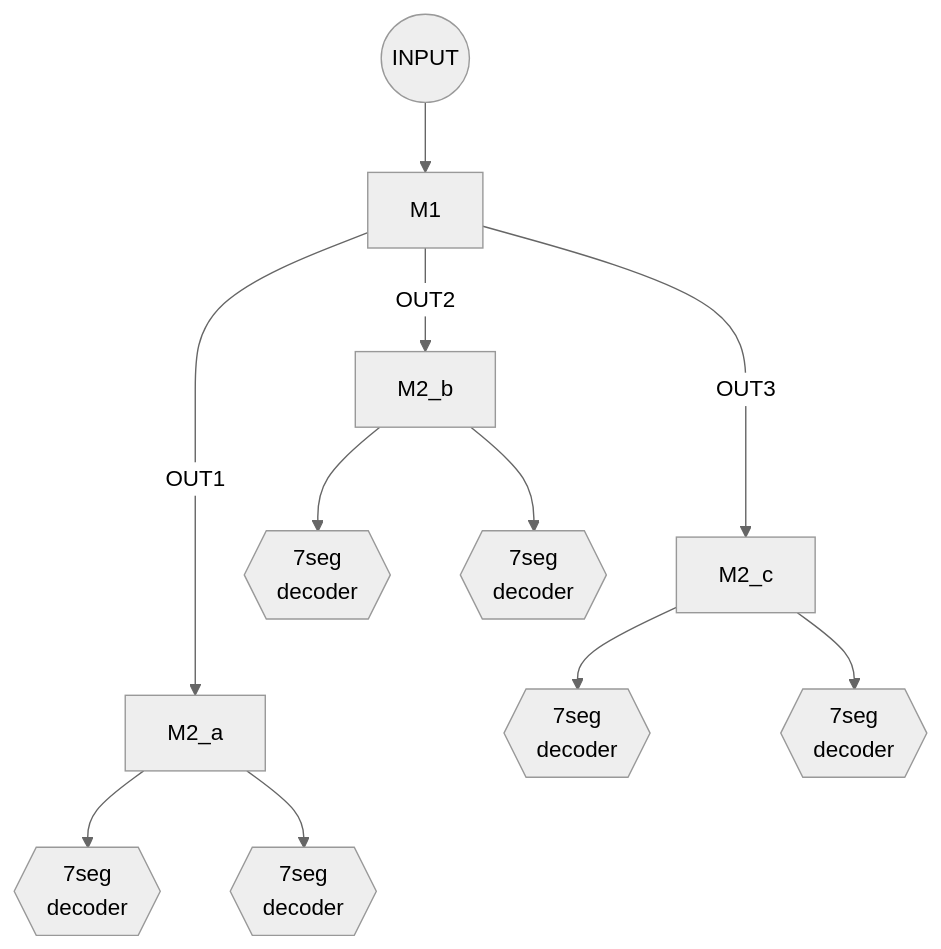
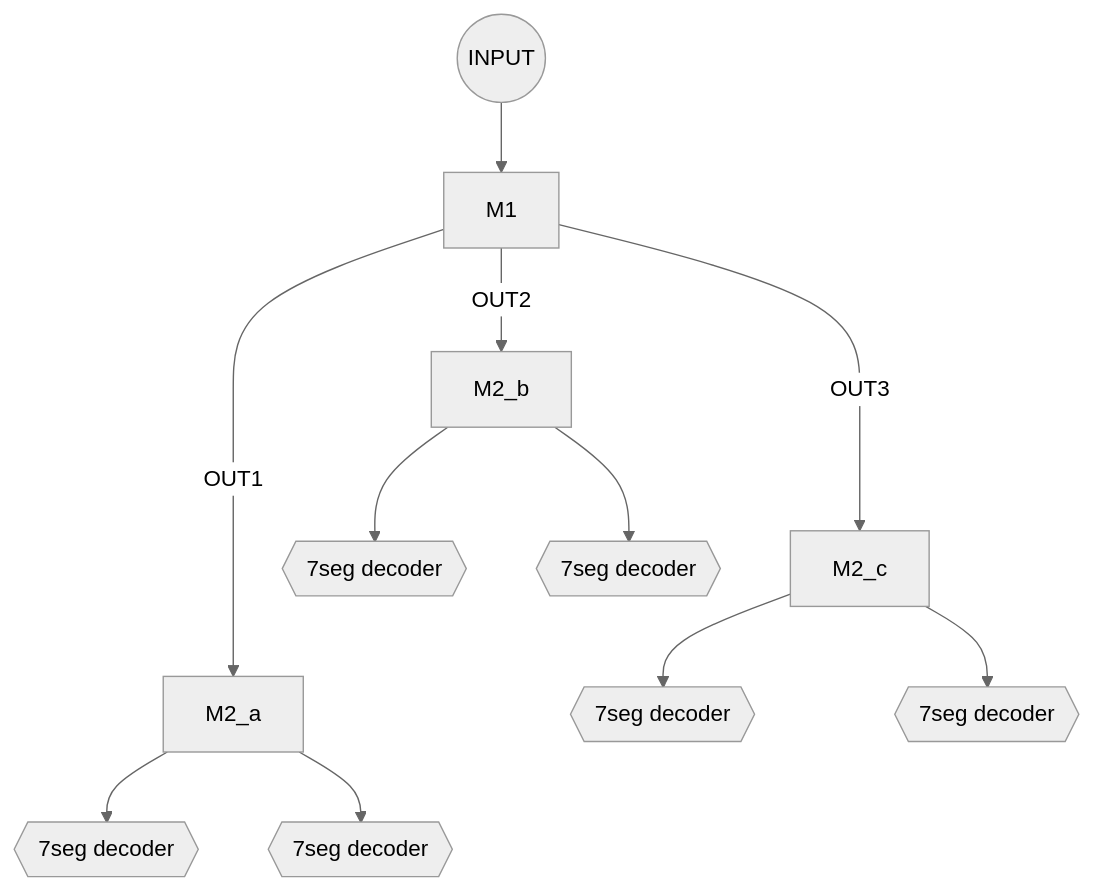
One commit to rauaap/quartime changed the third of 3 diagrams in readme.md. Above: the diagram before and after it, drawn with Mermaid (neutral theme). The commit also changed other lines of this file, not shown here.

Commit message:
remove "newlines" from mermaid graph nodes in readme

````diff
--- a/readme.md
+++ b/readme.md
@@ -50,23 +50,23 @@
 ```mermaid
 graph TB
     input((INPUT))
     m1[M1]
     m2a[M2_a]
     m2b[M2_b]
     m2c[M2_c]
-    7seg1{{"7seg\ndecoder"}}
-    7seg2{{"7seg\ndecoder"}}
-    7seg3{{"7seg\ndecoder"}}
-    7seg4{{"7seg\ndecoder"}}
-    7seg5{{"7seg\ndecoder"}}
-    7seg6{{"7seg\ndecoder"}}
+    7seg1{{"7seg decoder"}}
+    7seg2{{"7seg decoder"}}
+    7seg3{{"7seg decoder"}}
+    7seg4{{"7seg decoder"}}
+    7seg5{{"7seg decoder"}}
+    7seg6{{"7seg decoder"}}
 
     input --> m1
     m1 ---->|OUT1| m2a
     m1 -->|OUT2| m2b
     m1 --->|OUT3| m2c
 
     m2a --> 7seg1 & 7seg2
     m2b --> 7seg3 & 7seg4
     m2c --> 7seg5 & 7seg6
 ```
````
